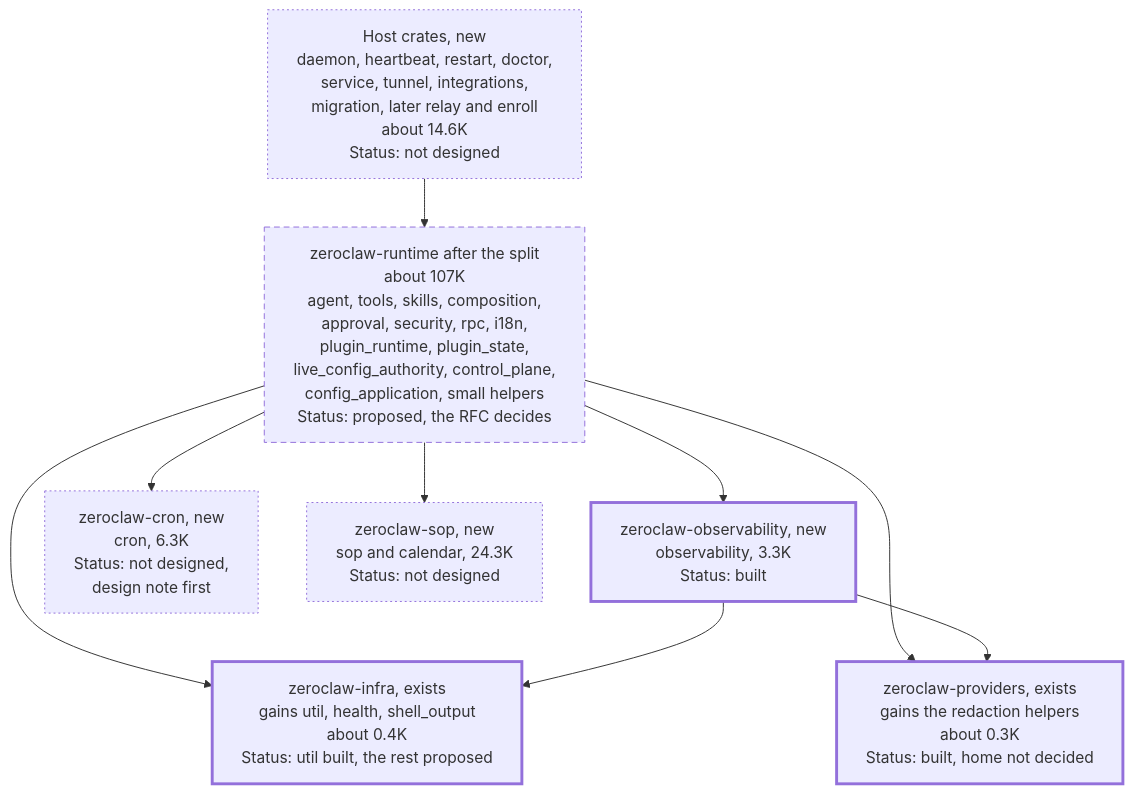
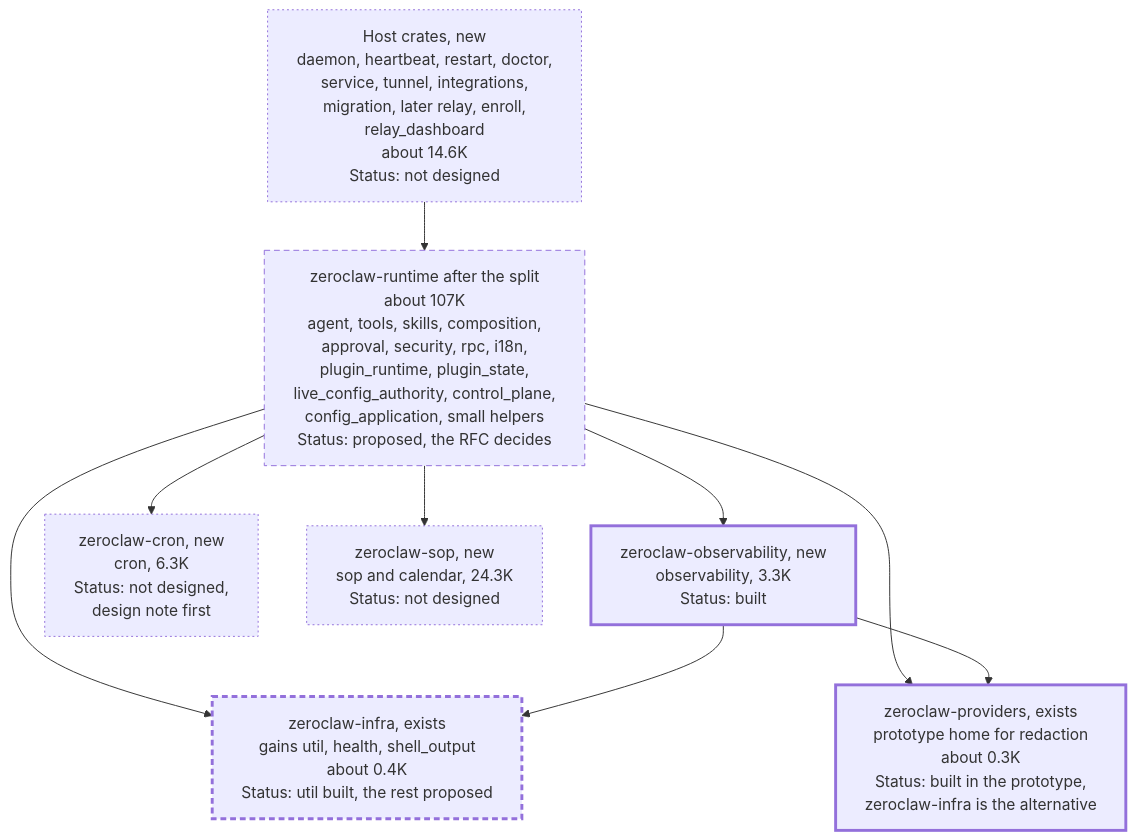
Before and after one commit to JordanTheJet/zeroclaw: the second of 2 diagrams in docs/maintainers/runtime-crate-split/README.md, drawn with Mermaid. The commit also changed other lines of this file and 2 other files, not shown here.

Commit message:
docs(maintainers): correct the layout diagram statuses and two plan statements
The host box lists relay_dashboard, zeroclaw-infra is drawn as partly
built, and the redaction home reads as a prototype choice. The report
says 39 of the 42 wrong-way references reach the core and 3 run between
subsystems. The plan names health/mod.rs and notes pull request 3's size
against its own limit.

````diff
--- a/docs/maintainers/runtime-crate-split/README.md
+++ b/docs/maintainers/runtime-crate-split/README.md
@@ -84,25 +84,27 @@
 ```mermaid
 %%{init: {"flowchart": {"wrappingWidth": 420}}}%%
 flowchart TB
-  hostcr["Host crates, new<br/>daemon, heartbeat, restart, doctor,<br/>service, tunnel, integrations,<br/>migration, later relay and enroll<br/>about 14.6K<br/>Status: not designed"]
+  hostcr["Host crates, new<br/>daemon, heartbeat, restart, doctor,<br/>service, tunnel, integrations,<br/>migration, later relay, enroll,<br/>relay_dashboard<br/>about 14.6K<br/>Status: not designed"]
   rt["zeroclaw-runtime after the split<br/>about 107K<br/>agent, tools, skills, composition,<br/>approval, security, rpc, i18n,<br/>plugin_runtime, plugin_state,<br/>live_config_authority, control_plane,<br/>config_application, small helpers<br/>Status: proposed, the RFC decides"]
   obsc["zeroclaw-observability, new<br/>observability, 3.3K<br/>Status: built"]
   cronc["zeroclaw-cron, new<br/>cron, 6.3K<br/>Status: not designed,<br/>design note first"]
   sopc["zeroclaw-sop, new<br/>sop and calendar, 24.3K<br/>Status: not designed"]
   infra["zeroclaw-infra, exists<br/>gains util, health, shell_output<br/>about 0.4K<br/>Status: util built, the rest proposed"]
-  prov["zeroclaw-providers, exists<br/>gains the redaction helpers<br/>about 0.3K<br/>Status: built, home not decided"]
+  prov["zeroclaw-providers, exists<br/>prototype home for redaction<br/>about 0.3K<br/>Status: built in the prototype,<br/>zeroclaw-infra is the alternative"]
   hostcr --> rt
   rt --> obsc
   rt --> cronc
   rt --> sopc
   rt --> infra
   rt --> prov
   obsc --> infra
   obsc --> prov
   classDef built stroke-width:3px;
+  classDef partly stroke-width:3px,stroke-dasharray:6 4;
   classDef proposed stroke-dasharray:6 4;
   classDef undesigned stroke-dasharray:2 3;
-  class obsc,infra,prov built;
+  class obsc,prov built;
+  class infra partly;
   class rt proposed;
   class hostcr,cronc,sopc undesigned;
 ```
````
